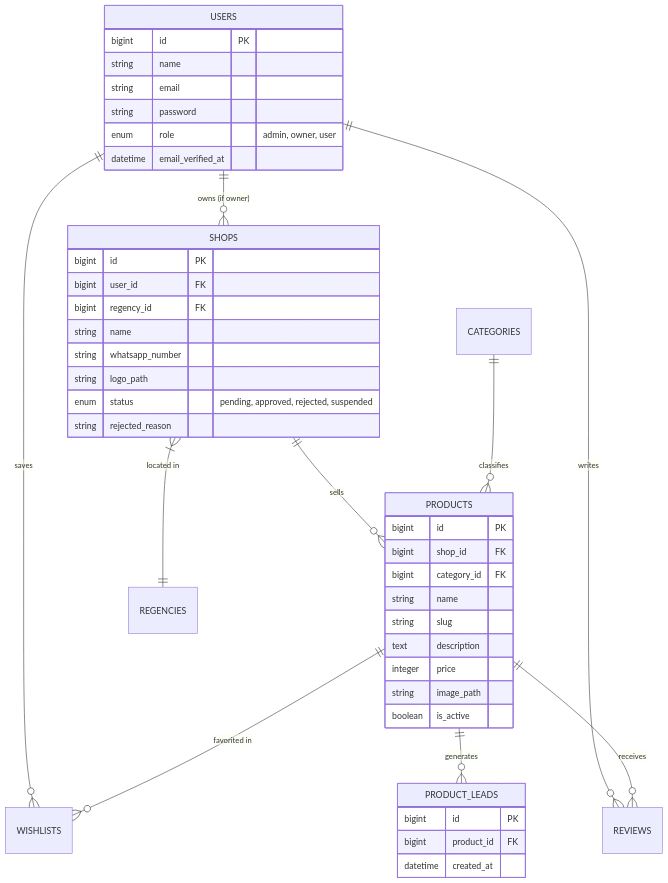
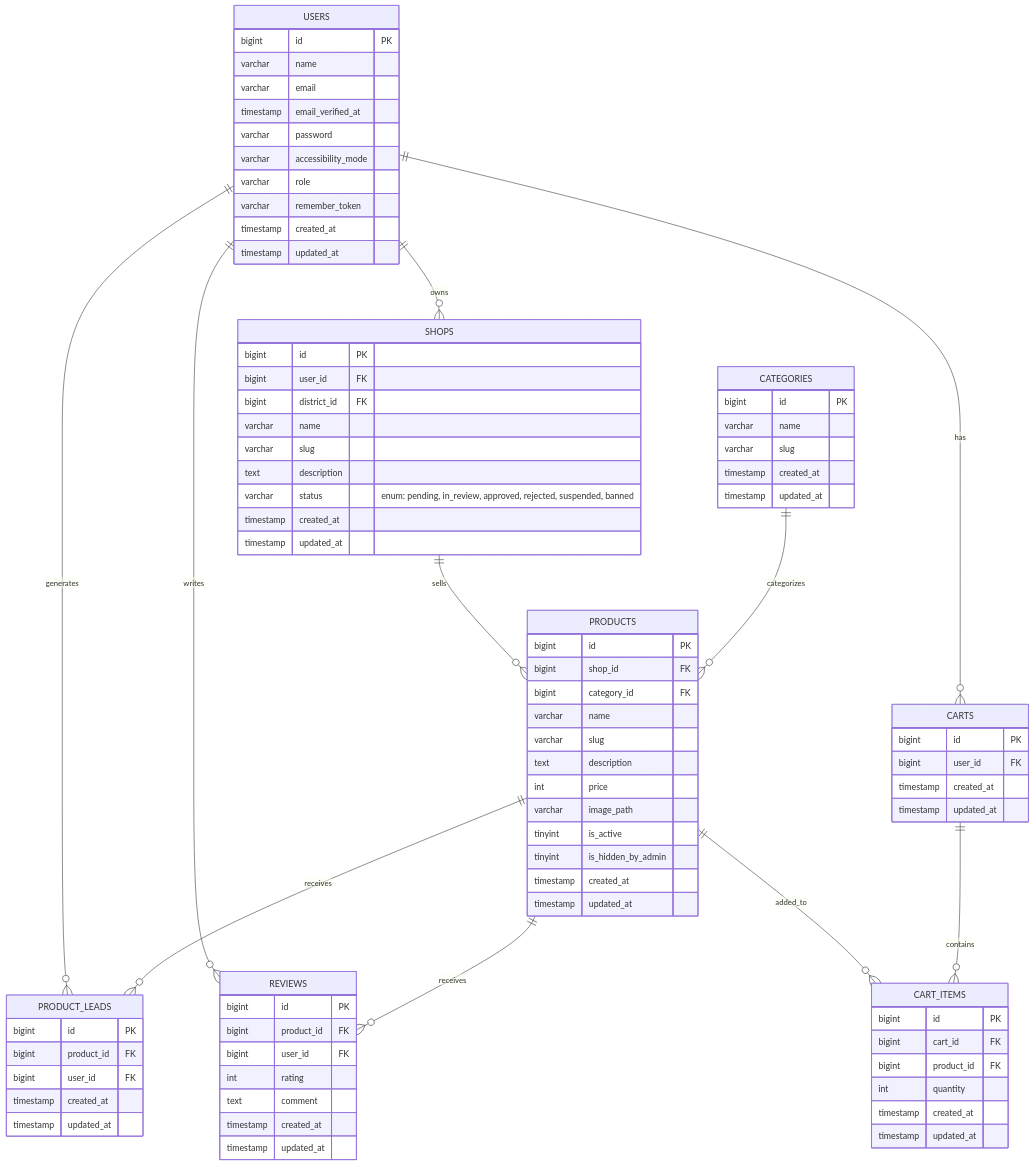
The second of 2 diagrams in README.md (Vraken9/Floramart), drawn with Mermaid before and after one commit. The commit also changed other lines of this file and 30 other files, not shown here.

````diff
--- a/README.md
+++ b/README.md
@@ -46,53 +50,88 @@
 ```mermaid
 erDiagram
-    USERS ||--o{ SHOPS : "owns (if owner)"
-    USERS ||--o{ WISHLISTS : "saves"
-    USERS ||--o{ REVIEWS : "writes"
-    
-    SHOPS ||--o{ PRODUCTS : "sells"
-    SHOPS }|--|| REGENCIES : "located in"
-    
-    CATEGORIES ||--o{ PRODUCTS : "classifies"
-    
-    PRODUCTS ||--o{ WISHLISTS : "favorited in"
-    PRODUCTS ||--o{ PRODUCT_LEADS : "generates"
-    PRODUCTS ||--o{ REVIEWS : "receives"
-    
     USERS {
         bigint id PK
-        string name
-        string email
-        string password
-        enum role "admin, owner, user"
-        datetime email_verified_at
+        varchar name
+        varchar email
+        timestamp email_verified_at
+        varchar password
+        varchar accessibility_mode
+        varchar role
+        varchar remember_token
+        timestamp created_at
+        timestamp updated_at
     }
-    
     SHOPS {
         bigint id PK
         bigint user_id FK
-        bigint regency_id FK
-        string name
-        string whatsapp_number
-        string logo_path
-        enum status "pending, approved, rejected, suspended"
-        string rejected_reason
+        bigint district_id FK
+        varchar name
+        varchar slug
+        text description
+        varchar status "enum: pending, in_review, approved, rejected, suspended, banned"
+        timestamp created_at
+        timestamp updated_at
     }
-    
+    CATEGORIES {
+        bigint id PK
+        varchar name
+        varchar slug
+        timestamp created_at
+        timestamp updated_at
+    }
     PRODUCTS {
         bigint id PK
         bigint shop_id FK
         bigint category_id FK
-        string name
-        string slug
+        varchar name
+        varchar slug
         text description
-        integer price
-        string image_path
-        boolean is_active
+        int price
+        varchar image_path
+        tinyint is_active
+        tinyint is_hidden_by_admin
+        timestamp created_at
+        timestamp updated_at
     }
-    
     PRODUCT_LEADS {
         bigint id PK
         bigint product_id FK
-        datetime created_at
+        bigint user_id FK
+        timestamp created_at
+        timestamp updated_at
     }
+    CARTS {
+        bigint id PK
+        bigint user_id FK
+        timestamp created_at
+        timestamp updated_at
+    }
+    CART_ITEMS {
+        bigint id PK
+        bigint cart_id FK
+        bigint product_id FK
+        int quantity
+        timestamp created_at
+        timestamp updated_at
+    }
+    REVIEWS {
+        bigint id PK
+        bigint product_id FK
+        bigint user_id FK
+        int rating
+        text comment
+        timestamp created_at
+        timestamp updated_at
+    }
+
+    USERS ||--o{ SHOPS : "owns"
+    USERS ||--o{ CARTS : "has"
+    USERS ||--o{ REVIEWS : "writes"
+    USERS ||--o{ PRODUCT_LEADS : "generates"
+    SHOPS ||--o{ PRODUCTS : "sells"
+    CATEGORIES ||--o{ PRODUCTS : "categorizes"
+    PRODUCTS ||--o{ PRODUCT_LEADS : "receives"
+    PRODUCTS ||--o{ REVIEWS : "receives"
+    PRODUCTS ||--o{ CART_ITEMS : "added_to"
+    CARTS ||--o{ CART_ITEMS : "contains"
 ```
````
